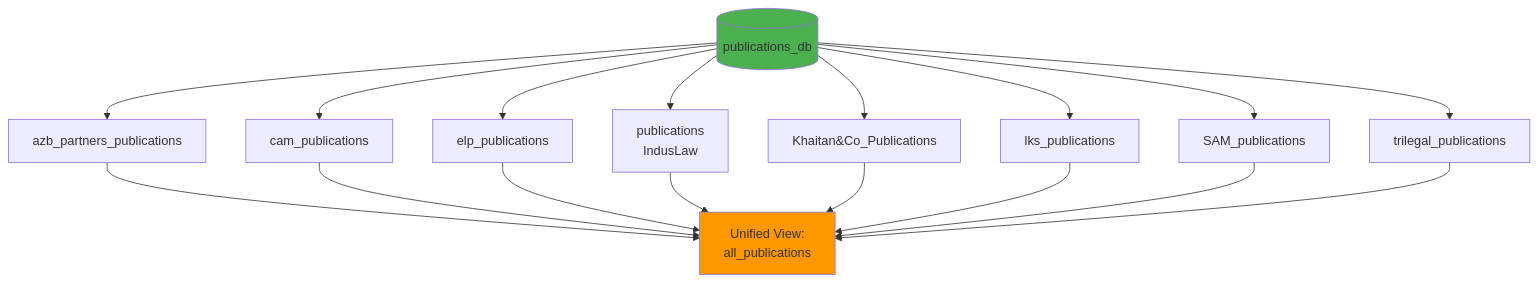
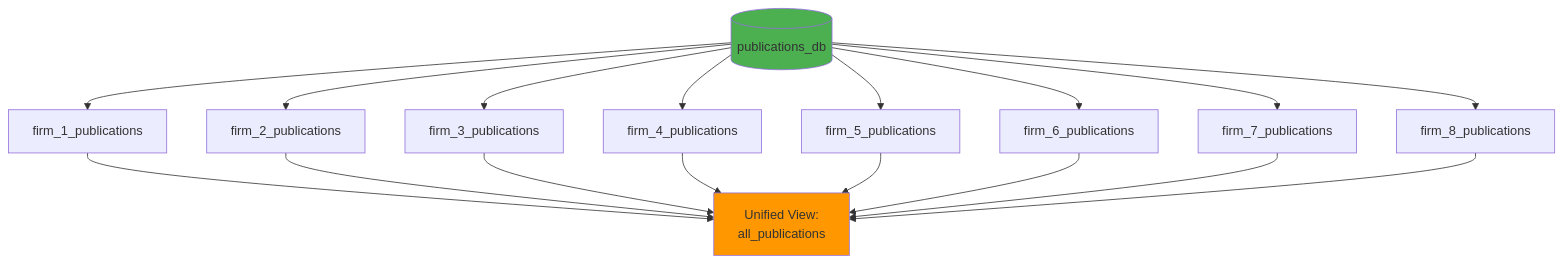
One commit to Acash-bits/Law-Firm-Publications-Scraper-Suite changed the fifth of 27 diagrams in readme.md. Above: the diagram before and after it, drawn with Mermaid. The commit also changed other lines of this file, not shown here.

Commit message:
Change in the font and style of System architecture diagram

````diff
--- a/readme.md
+++ b/readme.md
@@ -396,16 +396,16 @@
 ```mermaid
 graph TB
-    A[(publications_db)] --> B[azb_partners_publications]
-    A --> C[cam_publications]
-    A --> D[elp_publications]
-    A --> E[publications<br/>IndusLaw]
-    A --> F[Khaitan&Co_Publications]
-    A --> G[lks_publications]
-    A --> H[SAM_publications]
-    A --> I[trilegal_publications]
+    A[(publications_db)] --> B[firm_1_publications]
+    A --> C[firm_2_publications]
+    A --> D[firm_3_publications]
+    A --> E[firm_4_publications]
+    A --> F[firm_5_publications]
+    A --> G[firm_6_publications]
+    A --> H[firm_7_publications]
+    A --> I[firm_8_publications]
     
     B & C & D & E & F & G & H & I --> J[Unified View:<br/>all_publications]
     
     style A fill:#4CAF50
     style J fill:#FF9800
 ```
````
